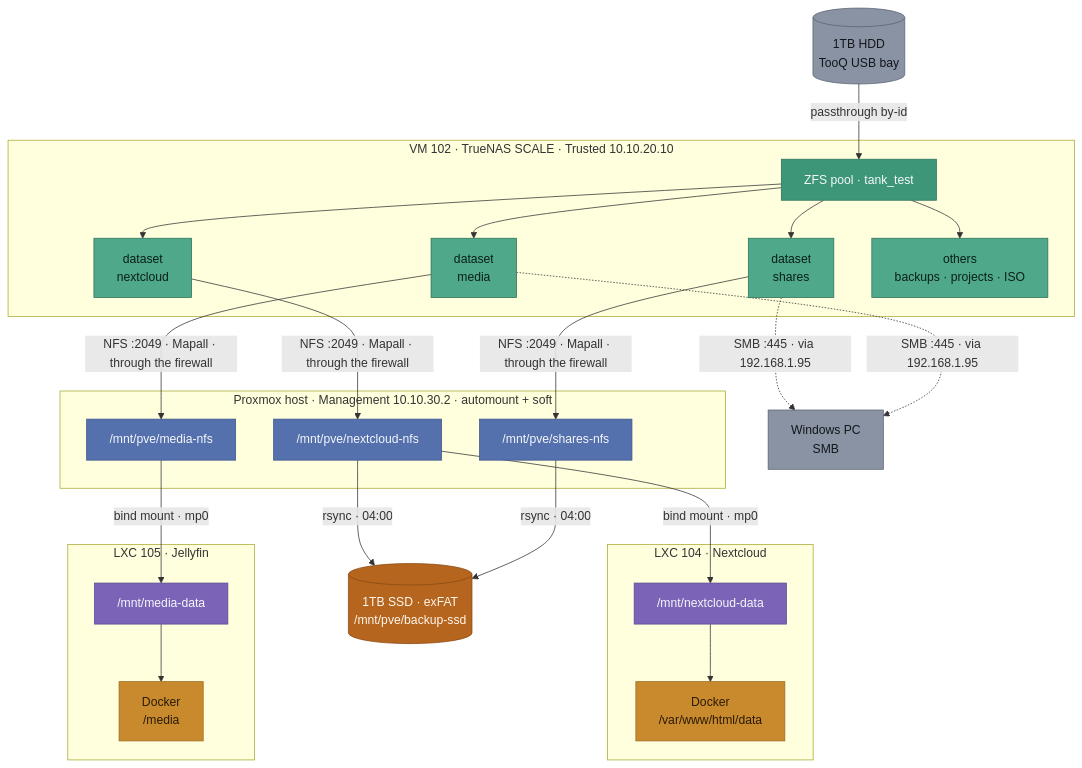
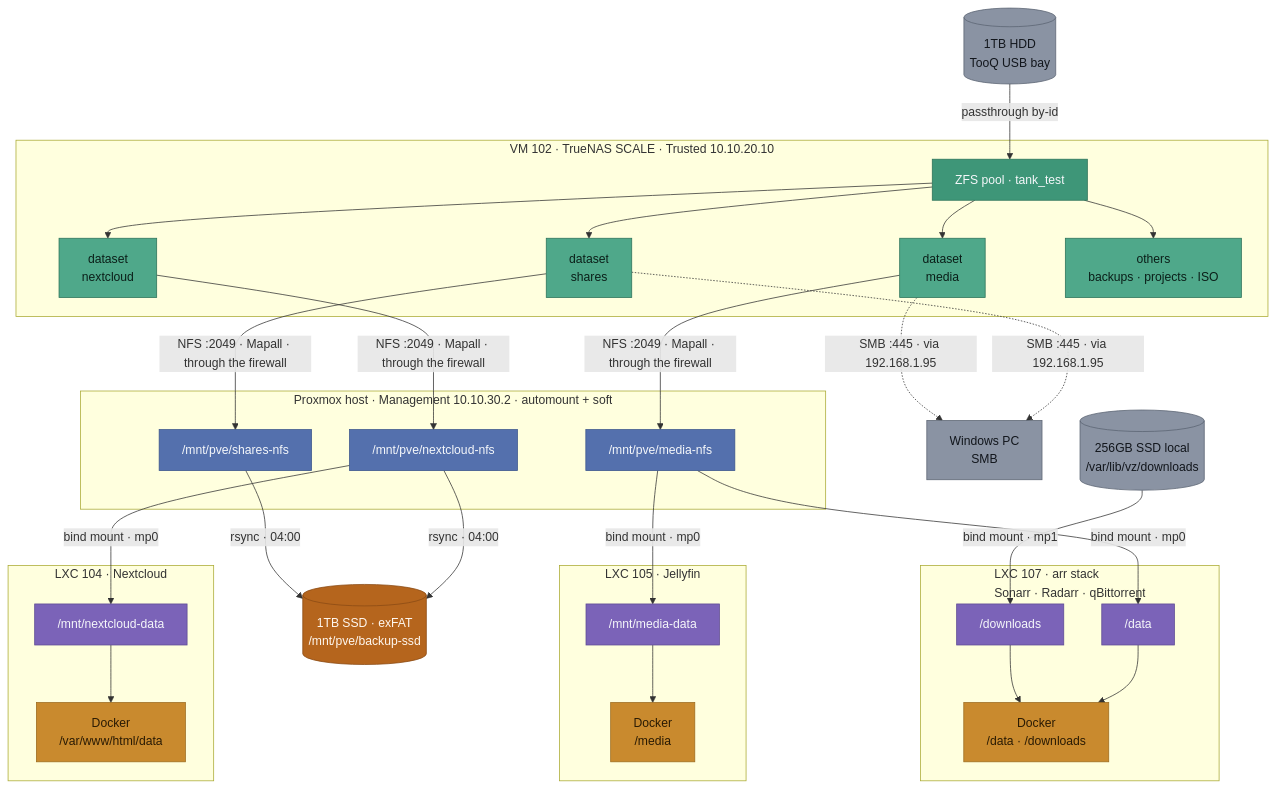
The first of 2 diagrams in docs/STORAGE.md (RuiGRMargarido/homelab), drawn with Mermaid before and after one commit. The commit also changed other lines of this file, not shown here.

First line of the commit message:
Acrescenta a stack arr e o mapa de traducao de caminhos ao STORAGE.md

````diff
--- a/docs/STORAGE.md
+++ b/docs/STORAGE.md
@@ -9,60 +9,72 @@
 ```mermaid
 flowchart TB
     HDD[("1TB HDD<br/>TooQ USB bay")]:::disco
 
     subgraph TNVM["VM 102 · TrueNAS SCALE · Trusted 10.10.20.10"]
         POOL["ZFS pool · tank_test"]:::pool
         DSN["dataset<br/>nextcloud"]:::ds
         DSM["dataset<br/>media"]:::ds
         DSS["dataset<br/>shares"]:::ds
         DSO["others<br/>backups · projects · ISO"]:::ds
     end
 
     HDD -- "passthrough by-id" --> POOL
     POOL --> DSN
     POOL --> DSM
     POOL --> DSS
     POOL --> DSO
 
     subgraph PVEH["Proxmox host · Management 10.10.30.2 · automount + soft"]
         MN["/mnt/pve/nextcloud-nfs"]:::mount
         MM["/mnt/pve/media-nfs"]:::mount
         MS["/mnt/pve/shares-nfs"]:::mount
     end
 
     DSN -- "NFS :2049 · Mapall · through the firewall" --> MN
     DSM -- "NFS :2049 · Mapall · through the firewall" --> MM
     DSS -- "NFS :2049 · Mapall · through the firewall" --> MS
 
     subgraph L104["LXC 104 · Nextcloud"]
         NCD["/mnt/nextcloud-data"]:::lxc
         NCC["Docker<br/>/var/www/html/data"]:::docker
     end
 
     subgraph L105["LXC 105 · Jellyfin"]
         JFD["/mnt/media-data"]:::lxc
         JFC["Docker<br/>/media"]:::docker
     end
 
+    LOCAL[("256GB SSD local<br/>/var/lib/vz/downloads")]:::disco
+
+    subgraph L107["LXC 107 · arr stack<br/>Sonarr · Radarr · qBittorrent"]
+        ARD["/data"]:::lxc
+        ARW["/downloads"]:::lxc
+        ARC["Docker<br/>/data · /downloads"]:::docker
+    end
+
     MN -- "bind mount · mp0" --> NCD
     NCD --> NCC
     MM -- "bind mount · mp0" --> JFD
     JFD --> JFC
+    MM -- "bind mount · mp0" --> ARD
+    LOCAL -- "bind mount · mp1" --> ARW
+    ARD --> ARC
+    ARW --> ARC
 
     SSD[("1TB SSD · exFAT<br/>/mnt/pve/backup-ssd")]:::backup
     MN -- "rsync · 04:00" --> SSD
     MS -- "rsync · 04:00" --> SSD
 
     SMB["Windows PC<br/>SMB"]:::neut
     DSS -. "SMB :445 · via 192.168.1.95" .-> SMB
     DSM -. "SMB :445 · via 192.168.1.95" .-> SMB
 
     classDef disco fill:#8A93A3,stroke:#5B6472,color:#12161C
     classDef pool fill:#3E9678,stroke:#2C7259,color:#F5F7FA
     classDef ds fill:#4FA88A,stroke:#2C7259,color:#0B1F19
     classDef mount fill:#5470AD,stroke:#3C568C,color:#F5F7FA
     classDef lxc fill:#7B63B8,stroke:#5E4A93,color:#F5F7FA
     classDef docker fill:#C98A2E,stroke:#9C6B1F,color:#2A1B04
     classDef backup fill:#B5651D,stroke:#8A4A15,color:#FFF8F0
     classDef neut fill:#8A93A3,stroke:#5B6472,color:#12161C
 ```
````
